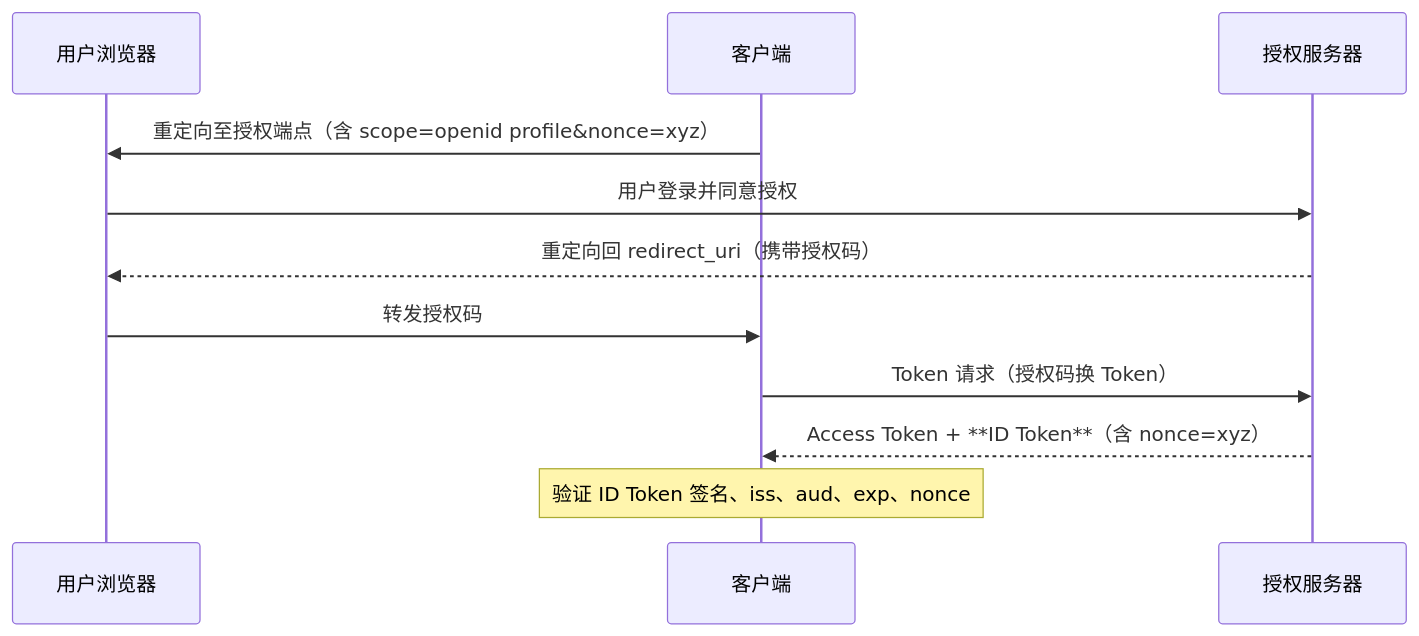
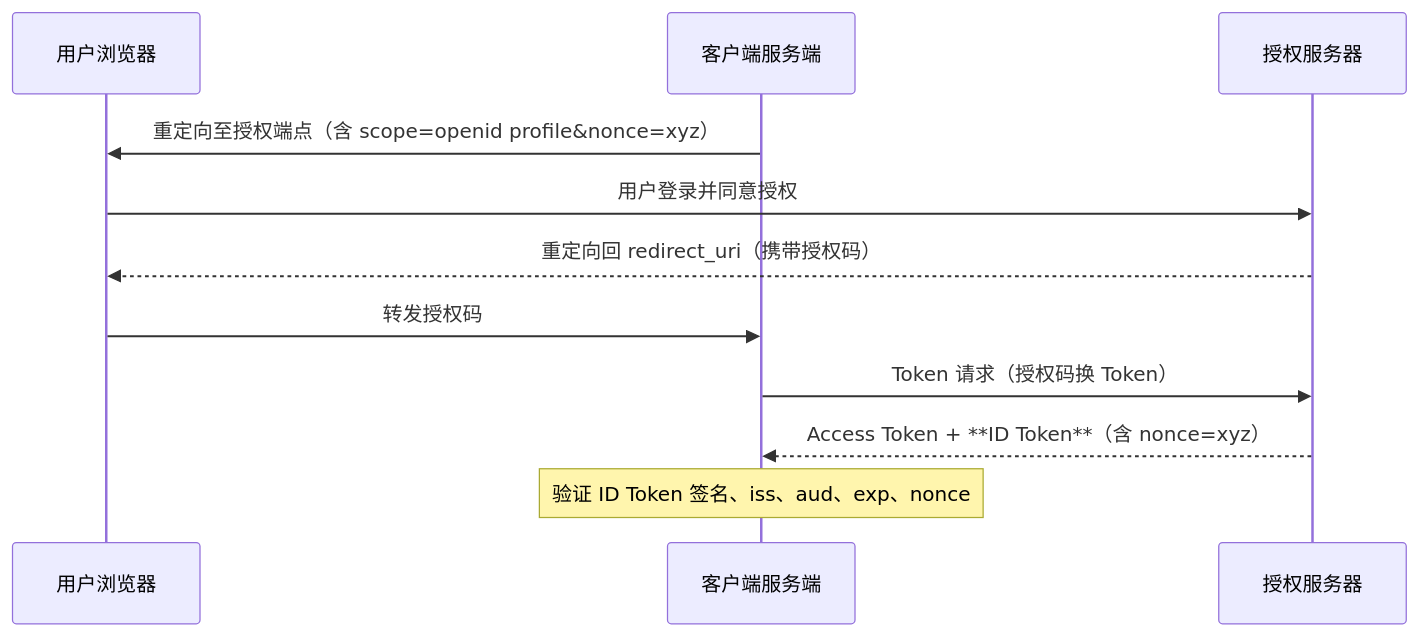
Before and after one commit to luguosong/programming-notes: the diagram in docs/topic/oauth/openid-connect/index.md, drawn with Mermaid. The commit also changed 2 other files, not shown here.

Commit message:
docs(oauth): 修复最终审查发现的导航与一致性问题
- security/index.md：修正 PKCE 锚点链接（#pkce → #pkceproof-key-for-code-exchange）
- security/index.md：补充缺失的"下一篇"导航链接
- openid-connect/index.md：OIDC 时序图参与者"客户端"统一改为"客户端服务端"（与授权类型文档一致）
- spring-client-resource/index.md：末尾新增"返回专题"导航链接

````diff
--- a/docs/topic/oauth/openid-connect/index.md
+++ b/docs/topic/oauth/openid-connect/index.md
@@ -122,14 +122,14 @@
 ``` mermaid
 sequenceDiagram
     participant 用户浏览器
-    participant 客户端
+    participant 客户端服务端
     participant 授权服务器
 
-    客户端->>用户浏览器: 重定向至授权端点（含 scope=openid profile&nonce=xyz）
+    客户端服务端->>用户浏览器: 重定向至授权端点（含 scope=openid profile&nonce=xyz）
     用户浏览器->>授权服务器: 用户登录并同意授权
     授权服务器-->>用户浏览器: 重定向回 redirect_uri（携带授权码）
-    用户浏览器->>客户端: 转发授权码
-    客户端->>授权服务器: Token 请求（授权码换 Token）
-    授权服务器-->>客户端: Access Token + **ID Token**（含 nonce=xyz）
-    Note over 客户端: 验证 ID Token 签名、iss、aud、exp、nonce
+    用户浏览器->>客户端服务端: 转发授权码
+    客户端服务端->>授权服务器: Token 请求（授权码换 Token）
+    授权服务器-->>客户端服务端: Access Token + **ID Token**（含 nonce=xyz）
+    Note over 客户端服务端: 验证 ID Token 签名、iss、aud、exp、nonce
 ```
````
